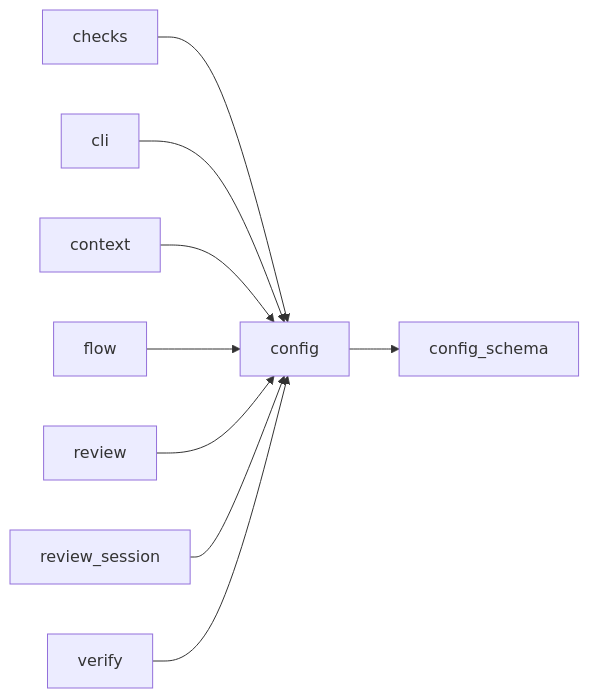
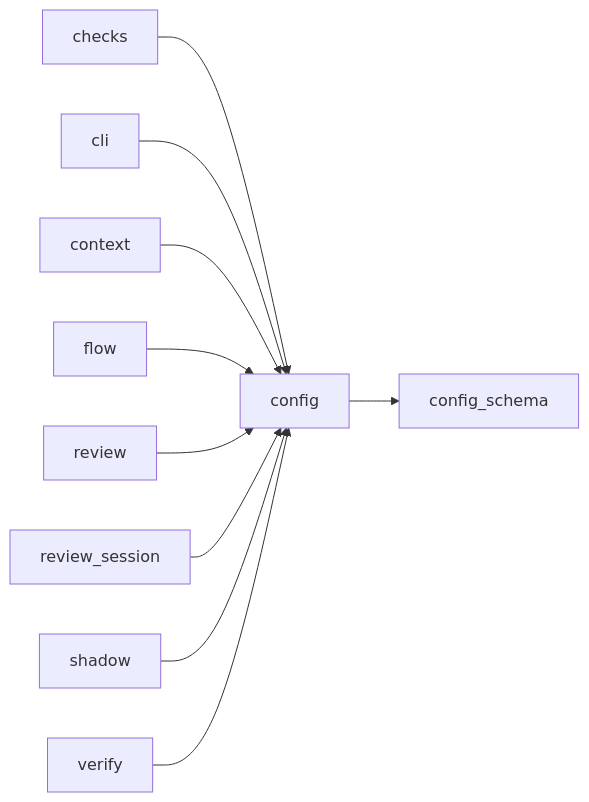
The diagram in docs/architecture/modules/config.md (plaplanche/ariane), drawn with Mermaid before and after one commit. The commit also changed other lines of this file and 33 other files, not shown here.

Commit message:
#120: Generate the module dependency graphs of the architecture docs from the code (C25)

````diff
--- a/docs/architecture/modules/config.md
+++ b/docs/architecture/modules/config.md
@@ -25,11 +26,12 @@
 ```mermaid
 flowchart LR
   checks --> config
   cli --> config
+  config --> config_schema
   context --> config
   flow --> config
-  config --> config_schema
   review --> config
   review_session --> config
+  shadow --> config
   verify --> config
 ```
````
